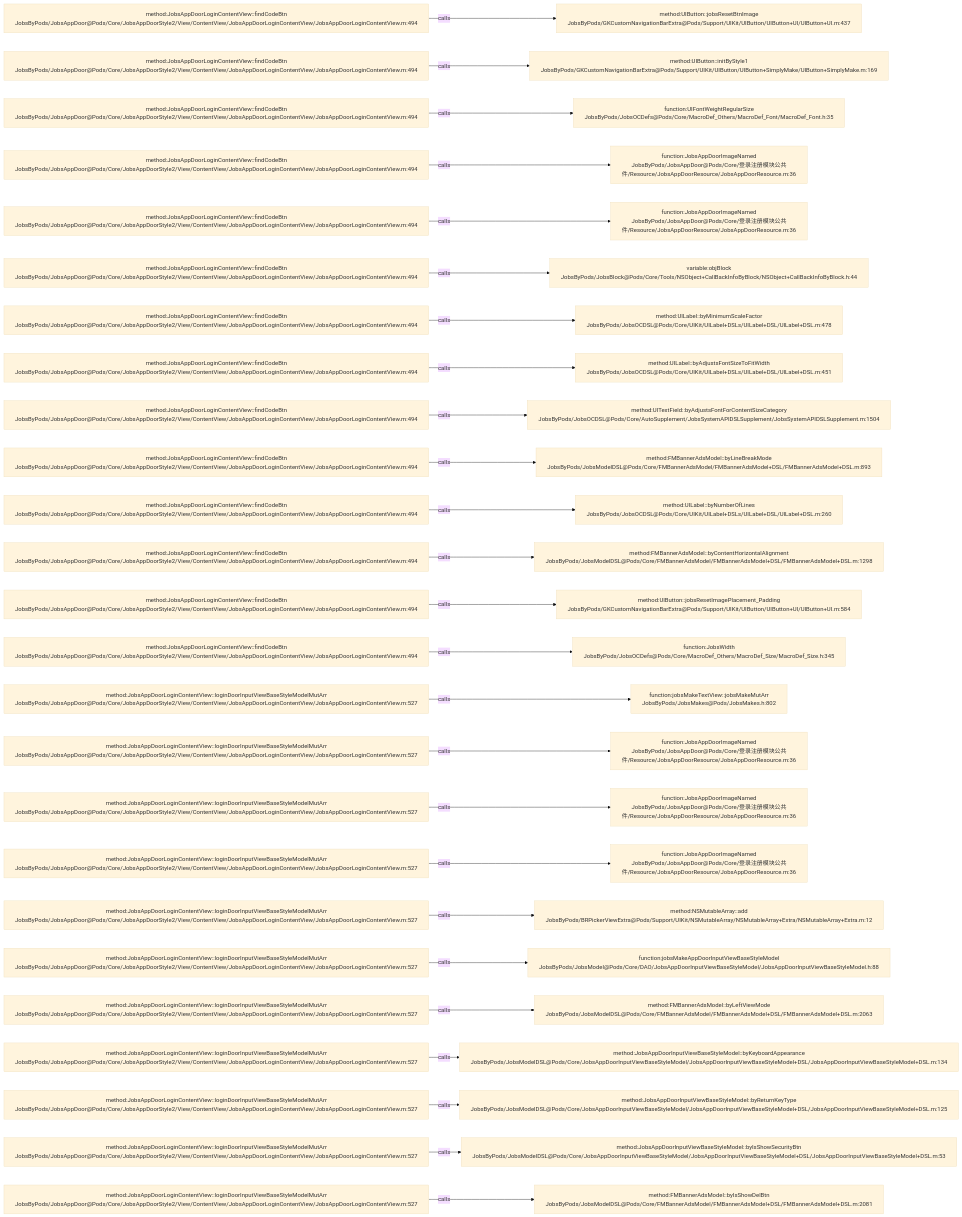
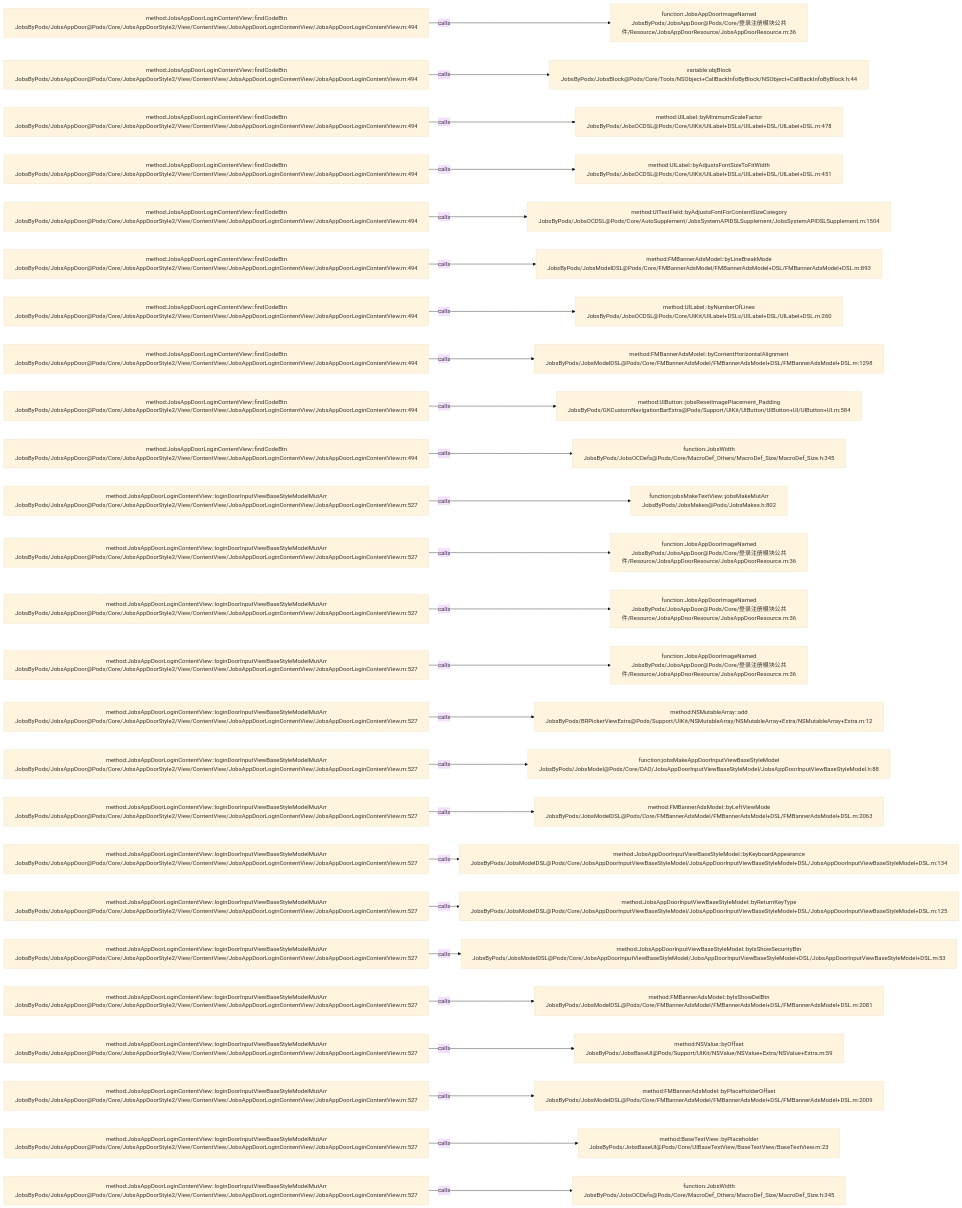
The diagram in .codegraph/codegraph.md/graphs/calls-124.md (JobsKits/JobsOCBaseConfigDemo), drawn with Mermaid (base theme) before and after one commit. The commit also changed 116 other files, not shown here.

````diff
--- a/.codegraph/codegraph.md/graphs/calls-124.md
+++ b/.codegraph/codegraph.md/graphs/calls-124.md
@@ -13,78 +13,78 @@
 ```mermaid
 flowchart LR
   S1["method:JobsAppDoorLoginContentView::findCodeBtn<br/>JobsByPods/JobsAppDoor@Pods/Core/JobsAppDoorStyle2/View/ContentView/JobsAppDoorLoginContentView/JobsAppDoorLoginContentView.m:494"]
-  T1["method:UIButton::jobsResetBtnImage<br/>JobsByPods/GKCustomNavigationBarExtra@Pods/Support/UIKit/UIButton/UIButton+UI/UIButton+UI.m:437"]
+  T1["function:JobsAppDoorImageNamed<br/>JobsByPods/JobsAppDoor@Pods/Core/登录注册模块公共件/Resource/JobsAppDoorResource/JobsAppDoorResource.m:36"]
   S1 -->|calls| T1
   S2["method:JobsAppDoorLoginContentView::findCodeBtn<br/>JobsByPods/JobsAppDoor@Pods/Core/JobsAppDoorStyle2/View/ContentView/JobsAppDoorLoginContentView/JobsAppDoorLoginContentView.m:494"]
-  T2["method:UIButton::initByStyle1<br/>JobsByPods/GKCustomNavigationBarExtra@Pods/Support/UIKit/UIButton/UIButton+SimplyMake/UIButton+SimplyMake.m:169"]
+  T2["variable:objBlock<br/>JobsByPods/JobsBlock@Pods/Core/Tools/NSObject+CallBackInfoByBlock/NSObject+CallBackInfoByBlock.h:44"]
   S2 -->|calls| T2
   S3["method:JobsAppDoorLoginContentView::findCodeBtn<br/>JobsByPods/JobsAppDoor@Pods/Core/JobsAppDoorStyle2/View/ContentView/JobsAppDoorLoginContentView/JobsAppDoorLoginContentView.m:494"]
-  T3["function:UIFontWeightRegularSize<br/>JobsByPods/JobsOCDefs@Pods/Core/MacroDef_Others/MacroDef_Font/MacroDef_Font.h:35"]
+  T3["method:UILabel::byMinimumScaleFactor<br/>JobsByPods/JobsOCDSL@Pods/Core/UIKit/UILabel+DSLs/UILabel+DSL/UILabel+DSL.m:478"]
   S3 -->|calls| T3
   S4["method:JobsAppDoorLoginContentView::findCodeBtn<br/>JobsByPods/JobsAppDoor@Pods/Core/JobsAppDoorStyle2/View/ContentView/JobsAppDoorLoginContentView/JobsAppDoorLoginContentView.m:494"]
-  T4["function:JobsAppDoorImageNamed<br/>JobsByPods/JobsAppDoor@Pods/Core/登录注册模块公共件/Resource/JobsAppDoorResource/JobsAppDoorResource.m:36"]
+  T4["method:UILabel::byAdjustsFontSizeToFitWidth<br/>JobsByPods/JobsOCDSL@Pods/Core/UIKit/UILabel+DSLs/UILabel+DSL/UILabel+DSL.m:451"]
   S4 -->|calls| T4
   S5["method:JobsAppDoorLoginContentView::findCodeBtn<br/>JobsByPods/JobsAppDoor@Pods/Core/JobsAppDoorStyle2/View/ContentView/JobsAppDoorLoginContentView/JobsAppDoorLoginContentView.m:494"]
-  T5["function:JobsAppDoorImageNamed<br/>JobsByPods/JobsAppDoor@Pods/Core/登录注册模块公共件/Resource/JobsAppDoorResource/JobsAppDoorResource.m:36"]
+  T5["method:UITextField::byAdjustsFontForContentSizeCategory<br/>JobsByPods/JobsOCDSL@Pods/Core/AutoSupplement/JobsSystemAPIDSLSupplement/JobsSystemAPIDSLSupplement.m:1504"]
   S5 -->|calls| T5
   S6["method:JobsAppDoorLoginContentView::findCodeBtn<br/>JobsByPods/JobsAppDoor@Pods/Core/JobsAppDoorStyle2/View/ContentView/JobsAppDoorLoginContentView/JobsAppDoorLoginContentView.m:494"]
-  T6["variable:objBlock<br/>JobsByPods/JobsBlock@Pods/Core/Tools/NSObject+CallBackInfoByBlock/NSObject+CallBackInfoByBlock.h:44"]
+  T6["method:FMBannerAdsModel::byLineBreakMode<br/>JobsByPods/JobsModelDSL@Pods/Core/FMBannerAdsModel/FMBannerAdsModel+DSL/FMBannerAdsModel+DSL.m:893"]
   S6 -->|calls| T6
   S7["method:JobsAppDoorLoginContentView::findCodeBtn<br/>JobsByPods/JobsAppDoor@Pods/Core/JobsAppDoorStyle2/View/ContentView/JobsAppDoorLoginContentView/JobsAppDoorLoginContentView.m:494"]
-  T7["method:UILabel::byMinimumScaleFactor<br/>JobsByPods/JobsOCDSL@Pods/Core/UIKit/UILabel+DSLs/UILabel+DSL/UILabel+DSL.m:478"]
+  T7["method:UILabel::byNumberOfLines<br/>JobsByPods/JobsOCDSL@Pods/Core/UIKit/UILabel+DSLs/UILabel+DSL/UILabel+DSL.m:260"]
   S7 -->|calls| T7
   S8["method:JobsAppDoorLoginContentView::findCodeBtn<br/>JobsByPods/JobsAppDoor@Pods/Core/JobsAppDoorStyle2/View/ContentView/JobsAppDoorLoginContentView/JobsAppDoorLoginContentView.m:494"]
-  T8["method:UILabel::byAdjustsFontSizeToFitWidth<br/>JobsByPods/JobsOCDSL@Pods/Core/UIKit/UILabel+DSLs/UILabel+DSL/UILabel+DSL.m:451"]
+  T8["method:FMBannerAdsModel::byContentHorizontalAlignment<br/>JobsByPods/JobsModelDSL@Pods/Core/FMBannerAdsModel/FMBannerAdsModel+DSL/FMBannerAdsModel+DSL.m:1298"]
   S8 -->|calls| T8
   S9["method:JobsAppDoorLoginContentView::findCodeBtn<br/>JobsByPods/JobsAppDoor@Pods/Core/JobsAppDoorStyle2/View/ContentView/JobsAppDoorLoginContentView/JobsAppDoorLoginContentView.m:494"]
-  T9["method:UITextField::byAdjustsFontForContentSizeCategory<br/>JobsByPods/JobsOCDSL@Pods/Core/AutoSupplement/JobsSystemAPIDSLSupplement/JobsSystemAPIDSLSupplement.m:1504"]
+  T9["method:UIButton::jobsResetImagePlacement_Padding<br/>JobsByPods/GKCustomNavigationBarExtra@Pods/Support/UIKit/UIButton/UIButton+UI/UIButton+UI.m:584"]
   S9 -->|calls| T9
   S10["method:JobsAppDoorLoginContentView::findCodeBtn<br/>JobsByPods/JobsAppDoor@Pods/Core/JobsAppDoorStyle2/View/ContentView/JobsAppDoorLoginContentView/JobsAppDoorLoginContentView.m:494"]
-  T10["method:FMBannerAdsModel::byLineBreakMode<br/>JobsByPods/JobsModelDSL@Pods/Core/FMBannerAdsModel/FMBannerAdsModel+DSL/FMBannerAdsModel+DSL.m:893"]
+  T10["function:JobsWidth<br/>JobsByPods/JobsOCDefs@Pods/Core/MacroDef_Others/MacroDef_Size/MacroDef_Size.h:345"]
   S10 -->|calls| T10
-  S11["method:JobsAppDoorLoginContentView::findCodeBtn<br/>JobsByPods/JobsAppDoor@Pods/Core/JobsAppDoorStyle2/View/ContentView/JobsAppDoorLoginContentView/JobsAppDoorLoginContentView.m:494"]
-  T11["method:UILabel::byNumberOfLines<br/>JobsByPods/JobsOCDSL@Pods/Core/UIKit/UILabel+DSLs/UILabel+DSL/UILabel+DSL.m:260"]
+  S11["method:JobsAppDoorLoginContentView::loginDoorInputViewBaseStyleModelMutArr<br/>JobsByPods/JobsAppDoor@Pods/Core/JobsAppDoorStyle2/View/ContentView/JobsAppDoorLoginContentView/JobsAppDoorLoginContentView.m:527"]
+  T11["function:jobsMakeTextView::jobsMakeMutArr<br/>JobsByPods/JobsMakes@Pods/JobsMakes.h:802"]
   S11 -->|calls| T11
-  S12["method:JobsAppDoorLoginContentView::findCodeBtn<br/>JobsByPods/JobsAppDoor@Pods/Core/JobsAppDoorStyle2/View/ContentView/JobsAppDoorLoginContentView/JobsAppDoorLoginContentView.m:494"]
-  T12["method:FMBannerAdsModel::byContentHorizontalAlignment<br/>JobsByPods/JobsModelDSL@Pods/Core/FMBannerAdsModel/FMBannerAdsModel+DSL/FMBannerAdsModel+DSL.m:1298"]
+  S12["method:JobsAppDoorLoginContentView::loginDoorInputViewBaseStyleModelMutArr<br/>JobsByPods/JobsAppDoor@Pods/Core/JobsAppDoorStyle2/View/ContentView/JobsAppDoorLoginContentView/JobsAppDoorLoginContentView.m:527"]
+  T12["function:JobsAppDoorImageNamed<br/>JobsByPods/JobsAppDoor@Pods/Core/登录注册模块公共件/Resource/JobsAppDoorResource/JobsAppDoorResource.m:36"]
   S12 -->|calls| T12
-  S13["method:JobsAppDoorLoginContentView::findCodeBtn<br/>JobsByPods/JobsAppDoor@Pods/Core/JobsAppDoorStyle2/View/ContentView/JobsAppDoorLoginContentView/JobsAppDoorLoginContentView.m:494"]
-  T13["method:UIButton::jobsResetImagePlacement_Padding<br/>JobsByPods/GKCustomNavigationBarExtra@Pods/Support/UIKit/UIButton/UIButton+UI/UIButton+UI.m:584"]
+  S13["method:JobsAppDoorLoginContentView::loginDoorInputViewBaseStyleModelMutArr<br/>JobsByPods/JobsAppDoor@Pods/Core/JobsAppDoorStyle2/View/ContentView/JobsAppDoorLoginContentView/JobsAppDoorLoginContentView.m:527"]
+  T13["function:JobsAppDoorImageNamed<br/>JobsByPods/JobsAppDoor@Pods/Core/登录注册模块公共件/Resource/JobsAppDoorResource/JobsAppDoorResource.m:36"]
   S13 -->|calls| T13
-  S14["method:JobsAppDoorLoginContentView::findCodeBtn<br/>JobsByPods/JobsAppDoor@Pods/Core/JobsAppDoorStyle2/View/ContentView/JobsAppDoorLoginContentView/JobsAppDoorLoginContentView.m:494"]
-  T14["function:JobsWidth<br/>JobsByPods/JobsOCDefs@Pods/Core/MacroDef_Others/MacroDef_Size/MacroDef_Size.h:345"]
+  S14["method:JobsAppDoorLoginContentView::loginDoorInputViewBaseStyleModelMutArr<br/>JobsByPods/JobsAppDoor@Pods/Core/JobsAppDoorStyle2/View/ContentView/JobsAppDoorLoginContentView/JobsAppDoorLoginContentView.m:527"]
+  T14["function:JobsAppDoorImageNamed<br/>JobsByPods/JobsAppDoor@Pods/Core/登录注册模块公共件/Resource/JobsAppDoorResource/JobsAppDoorResource.m:36"]
   S14 -->|calls| T14
   S15["method:JobsAppDoorLoginContentView::loginDoorInputViewBaseStyleModelMutArr<br/>JobsByPods/JobsAppDoor@Pods/Core/JobsAppDoorStyle2/View/ContentView/JobsAppDoorLoginContentView/JobsAppDoorLoginContentView.m:527"]
-  T15["function:jobsMakeTextView::jobsMakeMutArr<br/>JobsByPods/JobsMakes@Pods/JobsMakes.h:802"]
+  T15["method:NSMutableArray::add<br/>JobsByPods/BRPickerViewExtra@Pods/Support/UIKit/NSMutableArray/NSMutableArray+Extra/NSMutableArray+Extra.m:12"]
   S15 -->|calls| T15
   S16["method:JobsAppDoorLoginContentView::loginDoorInputViewBaseStyleModelMutArr<br/>JobsByPods/JobsAppDoor@Pods/Core/JobsAppDoorStyle2/View/ContentView/JobsAppDoorLoginContentView/JobsAppDoorLoginContentView.m:527"]
-  T16["function:JobsAppDoorImageNamed<br/>JobsByPods/JobsAppDoor@Pods/Core/登录注册模块公共件/Resource/JobsAppDoorResource/JobsAppDoorResource.m:36"]
+  T16["function:jobsMakeAppDoorInputViewBaseStyleModel<br/>JobsByPods/JobsModel@Pods/Core/DAO/JobsAppDoorInputViewBaseStyleModel/JobsAppDoorInputViewBaseStyleModel.h:88"]
   S16 -->|calls| T16
   S17["method:JobsAppDoorLoginContentView::loginDoorInputViewBaseStyleModelMutArr<br/>JobsByPods/JobsAppDoor@Pods/Core/JobsAppDoorStyle2/View/ContentView/JobsAppDoorLoginContentView/JobsAppDoorLoginContentView.m:527"]
-  T17["function:JobsAppDoorImageNamed<br/>JobsByPods/JobsAppDoor@Pods/Core/登录注册模块公共件/Resource/JobsAppDoorResource/JobsAppDoorResource.m:36"]
+  T17["method:FMBannerAdsModel::byLeftViewMode<br/>JobsByPods/JobsModelDSL@Pods/Core/FMBannerAdsModel/FMBannerAdsModel+DSL/FMBannerAdsModel+DSL.m:2063"]
   S17 -->|calls| T17
   S18["method:JobsAppDoorLoginContentView::loginDoorInputViewBaseStyleModelMutArr<br/>JobsByPods/JobsAppDoor@Pods/Core/JobsAppDoorStyle2/View/ContentView/JobsAppDoorLoginContentView/JobsAppDoorLoginContentView.m:527"]
-  T18["function:JobsAppDoorImageNamed<br/>JobsByPods/JobsAppDoor@Pods/Core/登录注册模块公共件/Resource/JobsAppDoorResource/JobsAppDoorResource.m:36"]
+  T18["method:JobsAppDoorInputViewBaseStyleModel::byKeyboardAppearance<br/>JobsByPods/JobsModelDSL@Pods/Core/JobsAppDoorInputViewBaseStyleModel/JobsAppDoorInputViewBaseStyleModel+DSL/JobsAppDoorInputViewBaseStyleModel+DSL.m:134"]
   S18 -->|calls| T18
   S19["method:JobsAppDoorLoginContentView::loginDoorInputViewBaseStyleModelMutArr<br/>JobsByPods/JobsAppDoor@Pods/Core/JobsAppDoorStyle2/View/ContentView/JobsAppDoorLoginContentView/JobsAppDoorLoginContentView.m:527"]
-  T19["method:NSMutableArray::add<br/>JobsByPods/BRPickerViewExtra@Pods/Support/UIKit/NSMutableArray/NSMutableArray+Extra/NSMutableArray+Extra.m:12"]
+  T19["method:JobsAppDoorInputViewBaseStyleModel::byReturnKeyType<br/>JobsByPods/JobsModelDSL@Pods/Core/JobsAppDoorInputViewBaseStyleModel/JobsAppDoorInputViewBaseStyleModel+DSL/JobsAppDoorInputViewBaseStyleModel+DSL.m:125"]
   S19 -->|calls| T19
   S20["method:JobsAppDoorLoginContentView::loginDoorInputViewBaseStyleModelMutArr<br/>JobsByPods/JobsAppDoor@Pods/Core/JobsAppDoorStyle2/View/ContentView/JobsAppDoorLoginContentView/JobsAppDoorLoginContentView.m:527"]
-  T20["function:jobsMakeAppDoorInputViewBaseStyleModel<br/>JobsByPods/JobsModel@Pods/Core/DAO/JobsAppDoorInputViewBaseStyleModel/JobsAppDoorInputViewBaseStyleModel.h:88"]
+  T20["method:JobsAppDoorInputViewBaseStyleModel::byIsShowSecurityBtn<br/>JobsByPods/JobsModelDSL@Pods/Core/JobsAppDoorInputViewBaseStyleModel/JobsAppDoorInputViewBaseStyleModel+DSL/JobsAppDoorInputViewBaseStyleModel+DSL.m:53"]
   S20 -->|calls| T20
   S21["method:JobsAppDoorLoginContentView::loginDoorInputViewBaseStyleModelMutArr<br/>JobsByPods/JobsAppDoor@Pods/Core/JobsAppDoorStyle2/View/ContentView/JobsAppDoorLoginContentView/JobsAppDoorLoginContentView.m:527"]
-  T21["method:FMBannerAdsModel::byLeftViewMode<br/>JobsByPods/JobsModelDSL@Pods/Core/FMBannerAdsModel/FMBannerAdsModel+DSL/FMBannerAdsModel+DSL.m:2063"]
+  T21["method:FMBannerAdsModel::byIsShowDelBtn<br/>JobsByPods/JobsModelDSL@Pods/Core/FMBannerAdsModel/FMBannerAdsModel+DSL/FMBannerAdsModel+DSL.m:2081"]
   S21 -->|calls| T21
   S22["method:JobsAppDoorLoginContentView::loginDoorInputViewBaseStyleModelMutArr<br/>JobsByPods/JobsAppDoor@Pods/Core/JobsAppDoorStyle2/View/ContentView/JobsAppDoorLoginContentView/JobsAppDoorLoginContentView.m:527"]
-  T22["method:JobsAppDoorInputViewBaseStyleModel::byKeyboardAppearance<br/>JobsByPods/JobsModelDSL@Pods/Core/JobsAppDoorInputViewBaseStyleModel/JobsAppDoorInputViewBaseStyleModel+DSL/JobsAppDoorInputViewBaseStyleModel+DSL.m:134"]
+  T22["method:NSValue::byOffset<br/>JobsByPods/JobsBaseUI@Pods/Support/UIKit/NSValue/NSValue+Extra/NSValue+Extra.m:59"]
   S22 -->|calls| T22
   S23["method:JobsAppDoorLoginContentView::loginDoorInputViewBaseStyleModelMutArr<br/>JobsByPods/JobsAppDoor@Pods/Core/JobsAppDoorStyle2/View/ContentView/JobsAppDoorLoginContentView/JobsAppDoorLoginContentView.m:527"]
-  T23["method:JobsAppDoorInputViewBaseStyleModel::byReturnKeyType<br/>JobsByPods/JobsModelDSL@Pods/Core/JobsAppDoorInputViewBaseStyleModel/JobsAppDoorInputViewBaseStyleModel+DSL/JobsAppDoorInputViewBaseStyleModel+DSL.m:125"]
+  T23["method:FMBannerAdsModel::byPlaceHolderOffset<br/>JobsByPods/JobsModelDSL@Pods/Core/FMBannerAdsModel/FMBannerAdsModel+DSL/FMBannerAdsModel+DSL.m:2009"]
   S23 -->|calls| T23
   S24["method:JobsAppDoorLoginContentView::loginDoorInputViewBaseStyleModelMutArr<br/>JobsByPods/JobsAppDoor@Pods/Core/JobsAppDoorStyle2/View/ContentView/JobsAppDoorLoginContentView/JobsAppDoorLoginContentView.m:527"]
-  T24["method:JobsAppDoorInputViewBaseStyleModel::byIsShowSecurityBtn<br/>JobsByPods/JobsModelDSL@Pods/Core/JobsAppDoorInputViewBaseStyleModel/JobsAppDoorInputViewBaseStyleModel+DSL/JobsAppDoorInputViewBaseStyleModel+DSL.m:53"]
+  T24["method:BaseTextView::byPlaceholder<br/>JobsByPods/JobsBaseUI@Pods/Core/UIBaseTextView/BaseTextView/BaseTextView.m:23"]
   S24 -->|calls| T24
   S25["method:JobsAppDoorLoginContentView::loginDoorInputViewBaseStyleModelMutArr<br/>JobsByPods/JobsAppDoor@Pods/Core/JobsAppDoorStyle2/View/ContentView/JobsAppDoorLoginContentView/JobsAppDoorLoginContentView.m:527"]
-  T25["method:FMBannerAdsModel::byIsShowDelBtn<br/>JobsByPods/JobsModelDSL@Pods/Core/FMBannerAdsModel/FMBannerAdsModel+DSL/FMBannerAdsModel+DSL.m:2081"]
+  T25["function:JobsWidth<br/>JobsByPods/JobsOCDefs@Pods/Core/MacroDef_Others/MacroDef_Size/MacroDef_Size.h:345"]
   S25 -->|calls| T25
 ```
````
